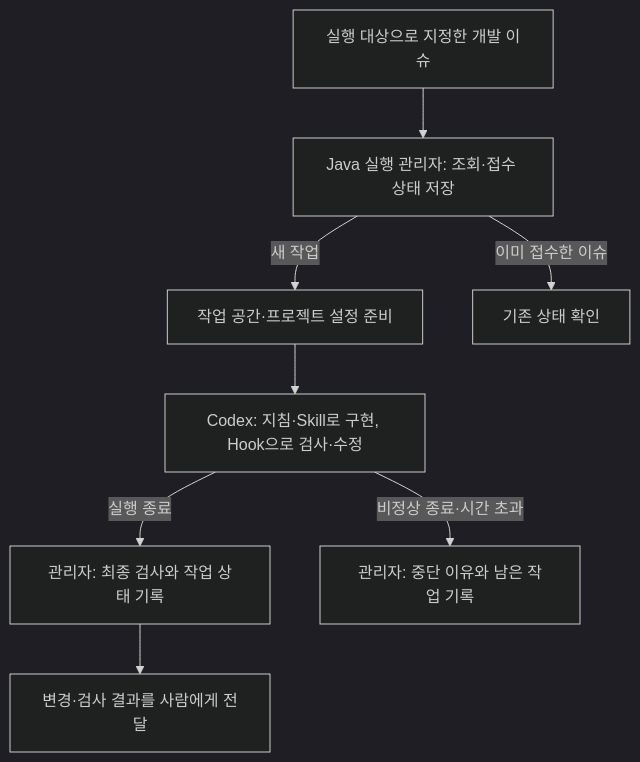
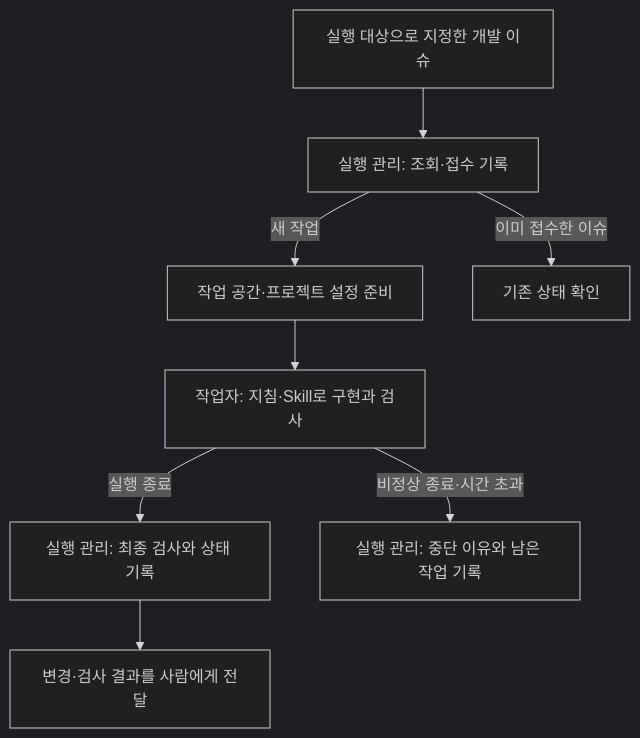
The diagram in week12-ai-agent-integration/README.md (MCshin00/ai-ax-learning-lab), drawn with Mermaid (dark theme) before and after one commit. The commit also changed other lines of this file and 45 other files, not shown here.

````diff
--- a/week12-ai-agent-integration/README.md
+++ b/week12-ai-agent-integration/README.md
@@ -425,10 +393,10 @@
 ```mermaid
 flowchart TD
-    I["실행 대상으로 지정한 개발 이슈"] --> E["Java 실행 관리자: 조회·접수 상태 저장"]
+    I["실행 대상으로 지정한 개발 이슈"] --> E["실행 관리: 조회·접수 기록"]
     E -->|"새 작업"| W["작업 공간·프로젝트 설정 준비"]
-    W --> C["Codex: 지침·Skill로 구현, Hook으로 검사·수정"]
-    C -->|"실행 종료"| V["관리자: 최종 검사와 작업 상태 기록"]
-    C -->|"비정상 종료·시간 초과"| B["관리자: 중단 이유와 남은 작업 기록"]
+    W --> C["작업자: 지침·Skill로 구현과 검사"]
+    C -->|"실행 종료"| V["실행 관리: 최종 검사와 상태 기록"]
+    C -->|"비정상 종료·시간 초과"| B["실행 관리: 중단 이유와 남은 작업 기록"]
     V --> R["변경·검사 결과를 사람에게 전달"]
     E -->|"이미 접수한 이슈"| S["기존 상태 확인"]
 ```
````
